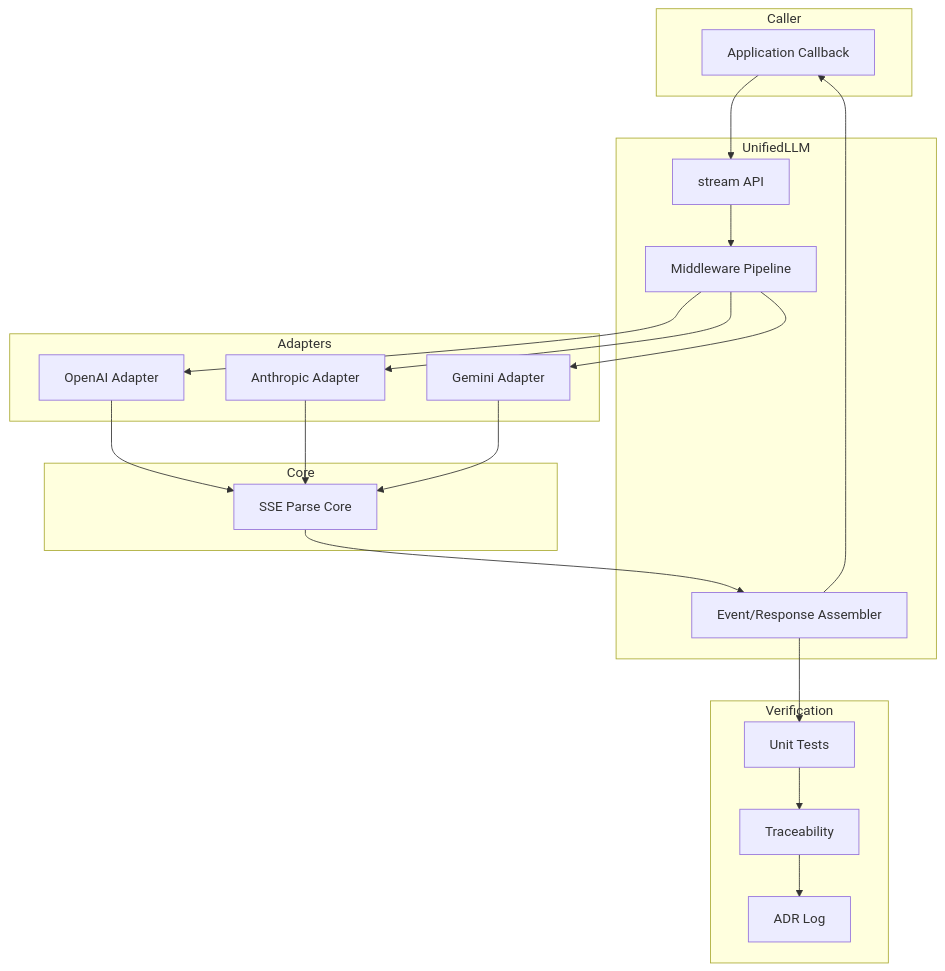
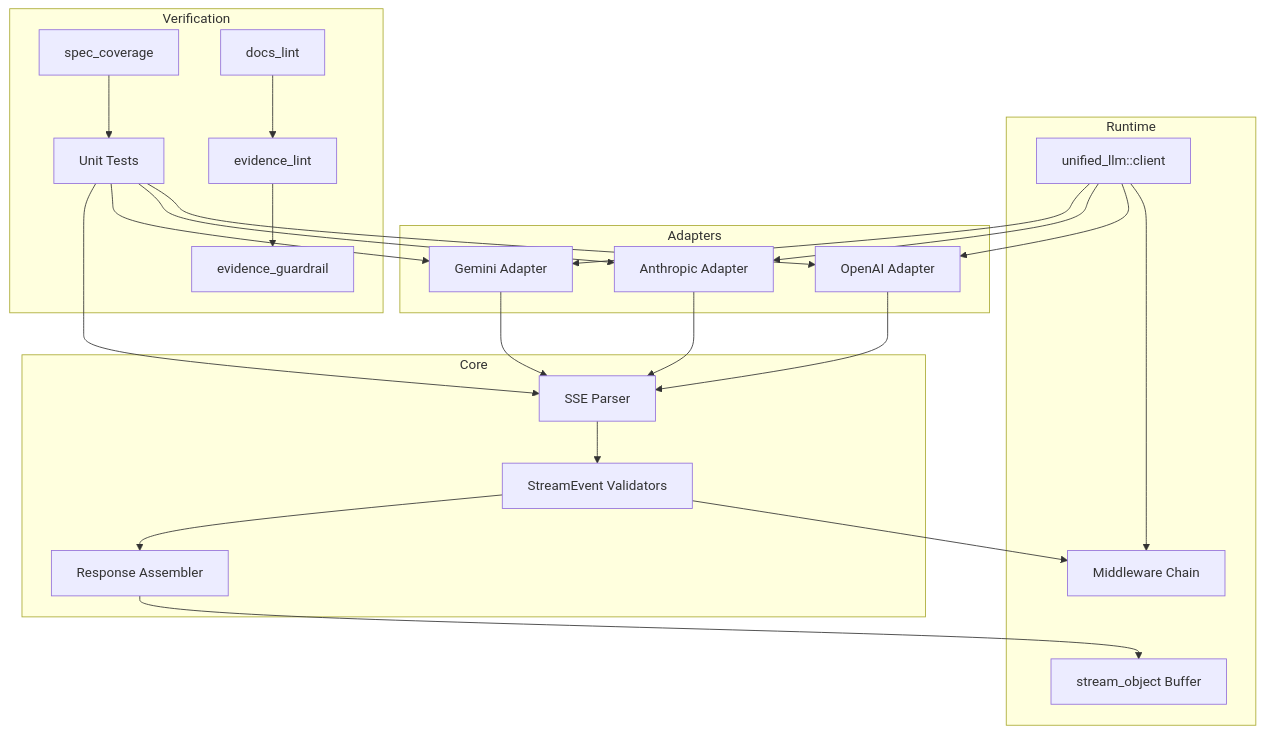
Before and after one commit to jaytaylor/attractor-tcl: the fifth of 5 diagrams in docs/sprints/SPRINT-005-comprehensive-implementation-plan.md, drawn with Mermaid. The commit also changed other lines of this file, not shown here.

````diff
--- a/docs/sprints/SPRINT-005-comprehensive-implementation-plan.md
+++ b/docs/sprints/SPRINT-005-comprehensive-implementation-plan.md
@@ -1087,42 +605,47 @@
 ```mermaid
 flowchart TB
-  subgraph Caller
-    C1[Application Callback]
-  end
-
-  subgraph UnifiedLLM
-    U1[stream API]
-    U2[Middleware Pipeline]
-    U3[Event/Response Assembler]
+  subgraph Runtime
+    U[unified_llm::client]
+    M[Middleware Chain]
+    O[stream_object Buffer]
   end
 
   subgraph Adapters
-    OAI[OpenAI Adapter]
-    ANT[Anthropic Adapter]
-    GEM[Gemini Adapter]
+    OA[OpenAI Adapter]
+    AN[Anthropic Adapter]
+    GE[Gemini Adapter]
   end
 
   subgraph Core
-    CORE[SSE Parse Core]
+    SP[SSE Parser]
+    EV[StreamEvent Validators]
+    RA[Response Assembler]
   end
 
   subgraph Verification
-    TST[Unit Tests]
-    TRC[Traceability]
-    ADR[ADR Log]
+    UT[Unit Tests]
+    SC[spec_coverage]
+    DL[docs_lint]
+    EL[evidence_lint]
+    EG[evidence_guardrail]
   end
 
-  C1 --> U1
-  U1 --> U2
-  U2 --> OAI
-  U2 --> ANT
-  U2 --> GEM
-  OAI --> CORE
-  ANT --> CORE
-  GEM --> CORE
-  CORE --> U3
-  U3 --> C1
-  U3 --> TST
-  TST --> TRC
-  TRC --> ADR
+  U --> M
+  U --> OA
+  U --> AN
+  U --> GE
+  OA --> SP
+  AN --> SP
+  GE --> SP
+  SP --> EV
+  EV --> M
+  EV --> RA
+  RA --> O
+  UT --> OA
+  UT --> AN
+  UT --> GE
+  UT --> SP
+  SC --> UT
+  DL --> EL
+  EL --> EG
 ```
````
